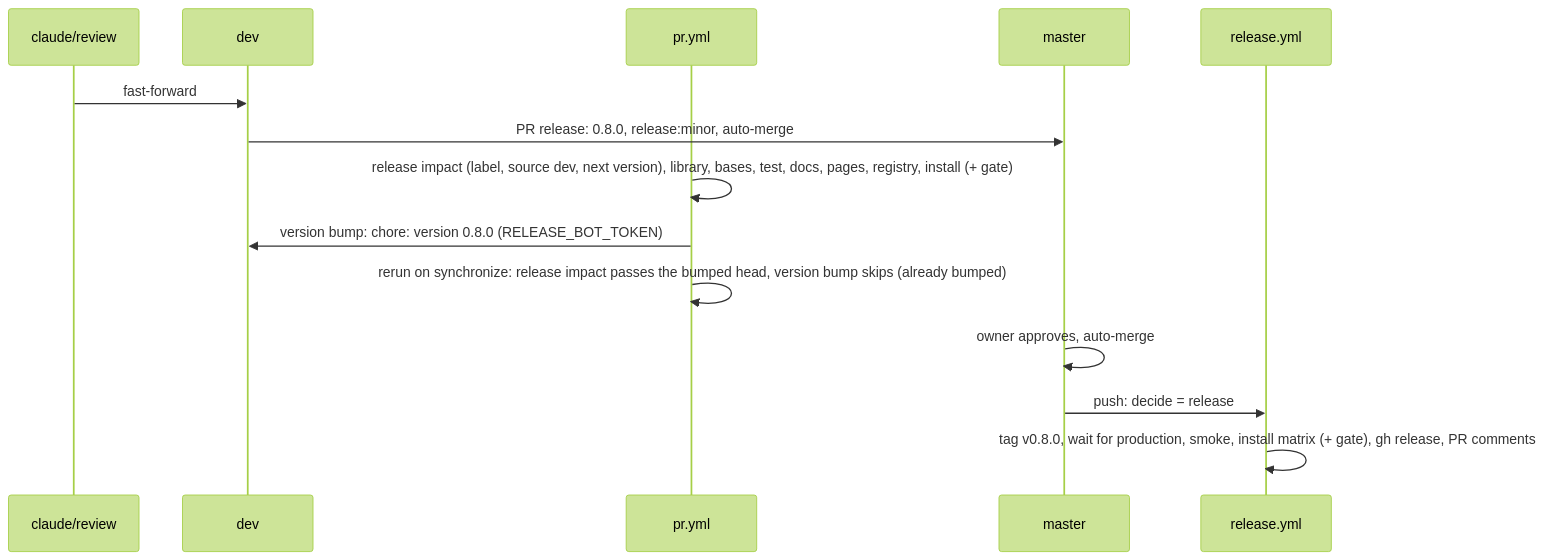
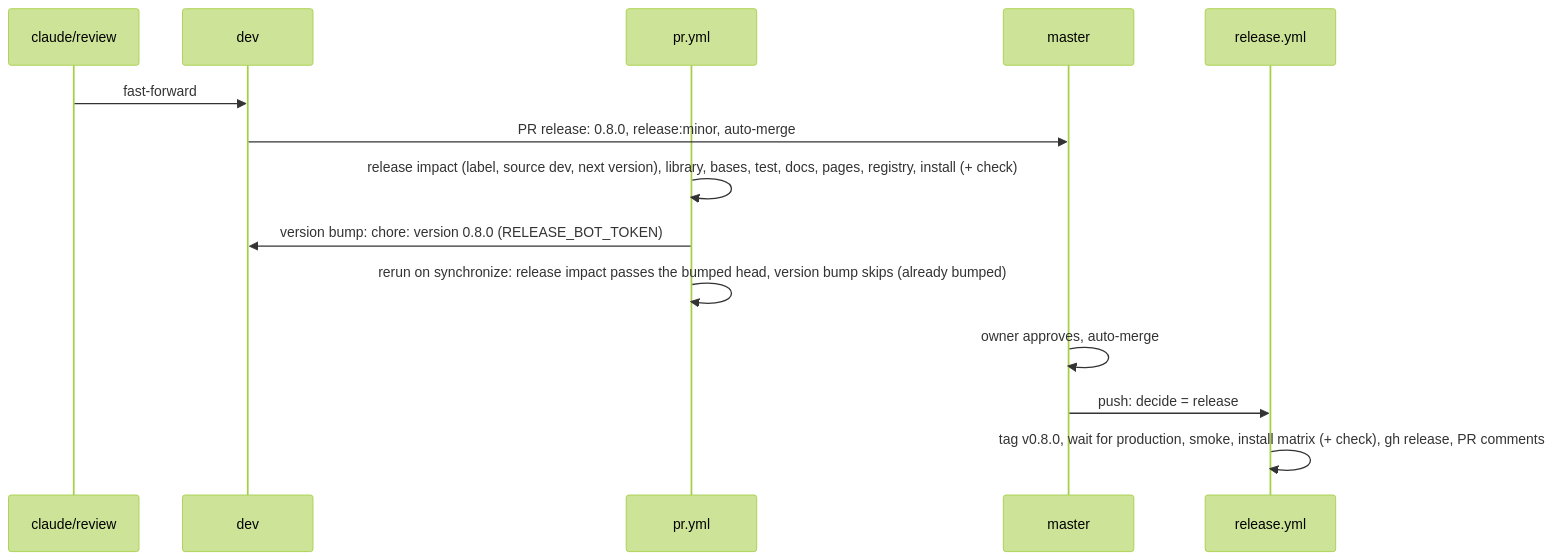
One commit to anindosarker/shadcn-table changed the diagram in .ai/plans/v0.8.x/anindosarker/epics/07-release.md. Above: the diagram before and after it, drawn with Mermaid (forest theme). The commit also changed other lines of this file and 64 other files, not shown here.

First line of the commit message:
docs: check replaces gate in the plan files and the contributor docs (D84)

````diff
--- a/.ai/plans/v0.8.x/anindosarker/epics/07-release.md
+++ b/.ai/plans/v0.8.x/anindosarker/epics/07-release.md
@@ -43,16 +43,16 @@
 ```mermaid
 sequenceDiagram
   participant R as claude/review
   participant D as dev
   participant P as pr.yml
   participant M as master
   participant W as release.yml
   R->>D: fast-forward
   D->>M: PR release: 0.8.0, release:minor, auto-merge
-  P->>P: release impact (label, source dev, next version), library, bases, test, docs, pages, registry, install (+ gate)
+  P->>P: release impact (label, source dev, next version), library, bases, test, docs, pages, registry, install (+ check)
   P->>D: version bump: chore: version 0.8.0 (RELEASE_BOT_TOKEN)
   P->>P: rerun on synchronize: release impact passes the bumped head, version bump skips (already bumped)
   M->>M: owner approves, auto-merge
   M->>W: push: decide = release
-  W->>W: tag v0.8.0, wait for production, smoke, install matrix (+ gate), gh release, PR comments
+  W->>W: tag v0.8.0, wait for production, smoke, install matrix (+ check), gh release, PR comments
 ```
````
